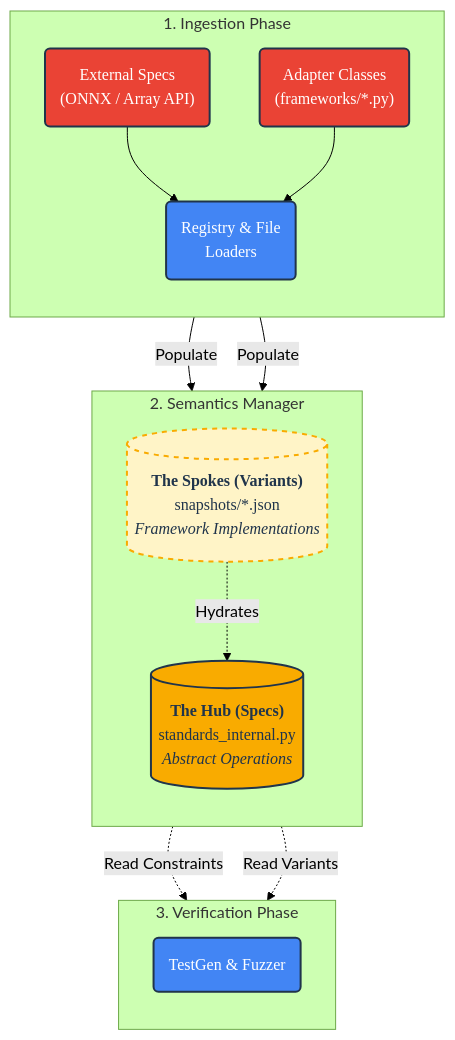
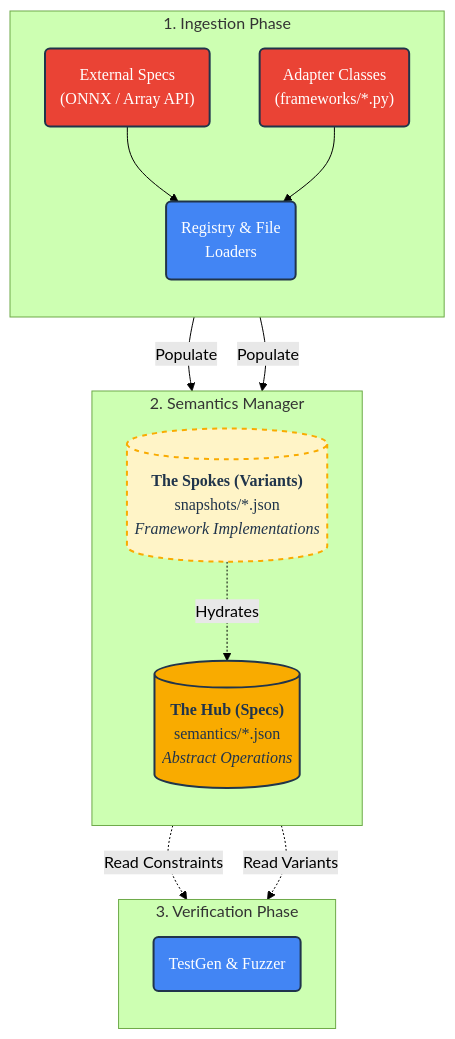
The first of 2 diagrams in ARCHITECTURE.md (SamuelMarks/ml-switcheroo), drawn with Mermaid (forest theme) before and after one commit. The commit also changed other lines of this file and 5 other files, not shown here.

````diff
--- a/ARCHITECTURE.md
+++ b/ARCHITECTURE.md
@@ -24,45 +33,45 @@
 ```mermaid
 graph TD
     %% --- STYLE DEFINITIONS ---
     classDef default font-family:'Google Sans',color:#20344b,stroke:#20344b;
     classDef input fill:#ea4335,stroke:#20344b,stroke-width:2px,color:#ffffff,font-family:'Google Sans',rx:5px;
     classDef build fill:#4285f4,stroke:#20344b,stroke-width:2px,color:#ffffff,font-family:'Google Sans',rx:5px;
     classDef hub fill:#f9ab00,stroke:#20344b,stroke-width:2px,color:#20344b,font-family:'Google Sans',rx:5px;
     classDef spoke fill:#fff4c7,stroke:#f9ab00,stroke-width:2px,stroke-dasharray: 5 5,color:#20344b,font-family:'Google Sans',rx:5px;
 
     %% --- PHASE 1: DISCOVERY ---
     subgraph P1 ["1. Ingestion Phase"]
         direction TB
         STANDARDS("External Specs<br/>(ONNX / Array API)"):::input
         CODE("Adapter Classes<br/>(frameworks/*.py)"):::input
         
         LOADER("Registry & File<br/>Loaders"):::build
         
         STANDARDS --> LOADER
         CODE --> LOADER
     end
 
     %% --- PHASE 2: STORAGE ---
     subgraph P2 ["2. Semantics Manager"]
         direction TB
-        HUB[("<b>The Hub (Specs)</b><br/>standards_internal.py<br/><i>Abstract Operations</i>")]:::hub
+        HUB[("<b>The Hub (Specs)</b><br/>semantics/*.json<br/><i>Abstract Operations</i>")]:::hub
         SPOKE[("<b>The Spokes (Variants)</b><br/>snapshots/*.json<br/><i>Framework Implementations</i>")]:::spoke
         
         %% Internal Context Link
         SPOKE -.->|" Hydrates "| HUB
     end
 
     %% Flow P1 -> P2
     LOADER -->|"Populate"| HUB
     LOADER -->|"Populate"| SPOKE
 
     %% --- PHASE 3: VERIFICATION ---
     subgraph P3 ["3. Verification Phase"]
         direction TB
         TESTER("TestGen & Fuzzer"):::build
     end
 
     %% Flow P2 -> P3
     HUB -.->|"Read Constraints"| TESTER
     SPOKE -.->|"Read Variants"| TESTER
 ```
````
